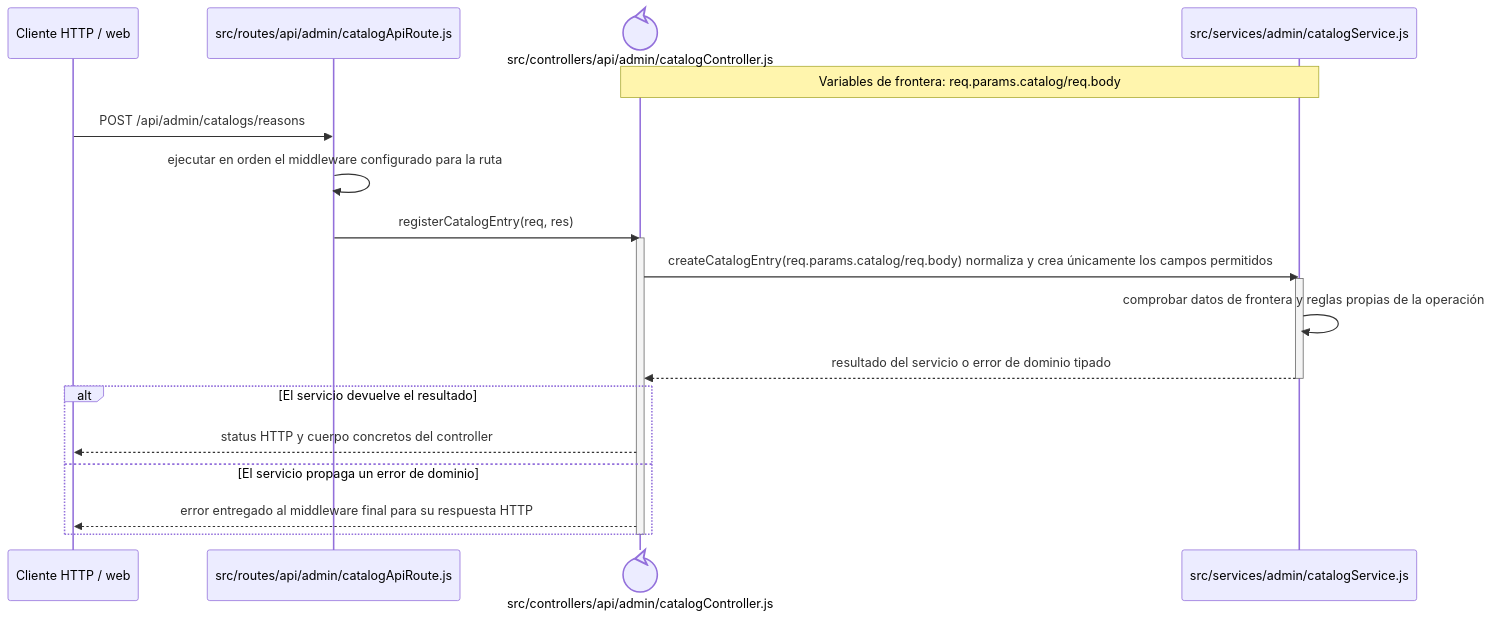
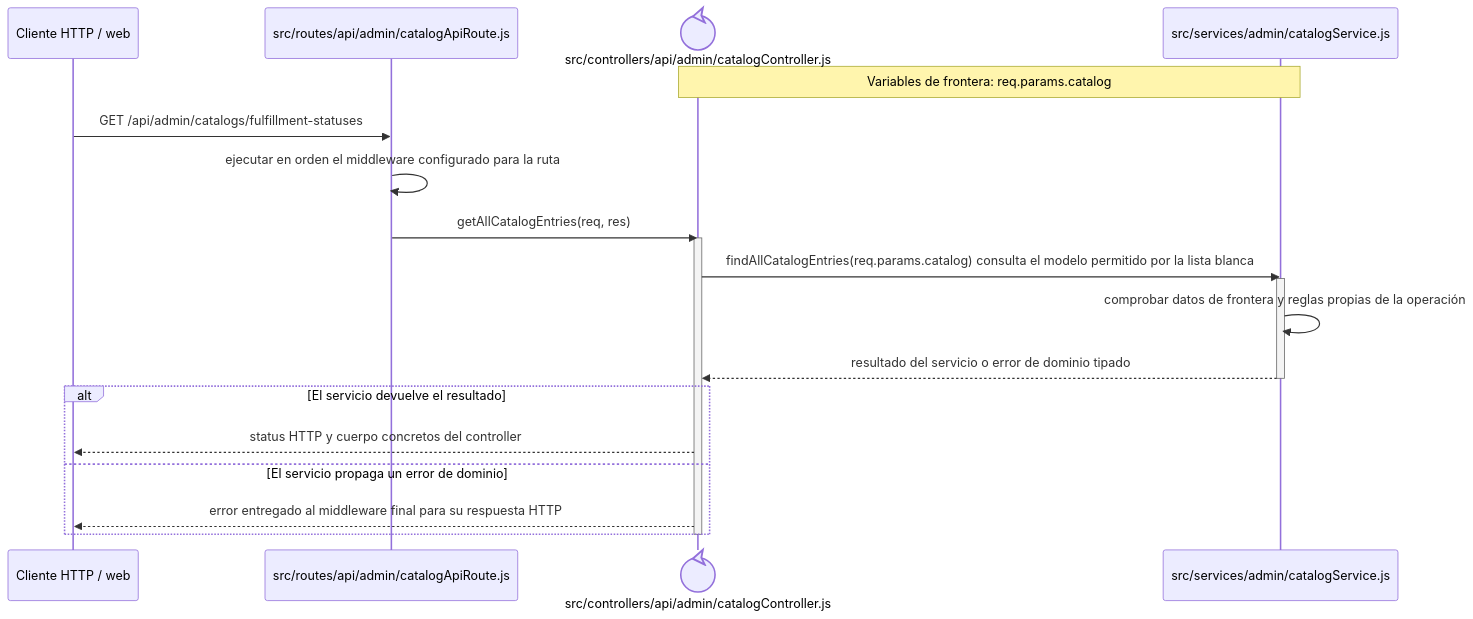
One commit to gpgsistemas01/nexus changed the diagram in docs/architecture/backend-code-sequences/catalogs/cu-cat-40.md. Above: the diagram before and after it, drawn with Mermaid. The commit also changed other lines of this file and 207 other files, not shown here.

````diff
--- a/docs/architecture/backend-code-sequences/catalogs/cu-cat-40.md
+++ b/docs/architecture/backend-code-sequences/catalogs/cu-cat-40.md
@@ -6,24 +6,24 @@
 ```mermaid
 sequenceDiagram
     participant Client as Cliente HTTP / web
     participant Route as src/routes/api/admin/catalogApiRoute.js
     participant Controller@{ "type": "control" } as src/controllers/api/admin/catalogController.js
     participant Domain as src/services/admin/catalogService.js
-    Note over Controller,Domain: Variables de frontera: req.params.catalog/req.body
+    Note over Controller,Domain: Variables de frontera: req.params.catalog
 
-    Client->>Route: POST /api/admin/catalogs/reasons
+    Client->>Route: GET /api/admin/catalogs/fulfillment-statuses
     Route->>Route: ejecutar en orden el middleware configurado para la ruta
-    Route->>Controller: registerCatalogEntry(req, res)
+    Route->>Controller: getAllCatalogEntries(req, res)
     activate Controller
-    Controller->>Domain: createCatalogEntry(req.params.catalog/req.body) normaliza y crea únicamente los campos permitidos
+    Controller->>Domain: findAllCatalogEntries(req.params.catalog) consulta el modelo permitido por la lista blanca
     activate Domain
     Domain->>Domain: comprobar datos de frontera y reglas propias de la operación
     Domain-->>Controller: resultado del servicio o error de dominio tipado
     deactivate Domain
     alt El servicio devuelve el resultado
         Controller-->>Client: status HTTP y cuerpo concretos del controller
     else El servicio propaga un error de dominio
         Controller-->>Client: error entregado al middleware final para su respuesta HTTP
     end
     deactivate Controller
 ```
````
